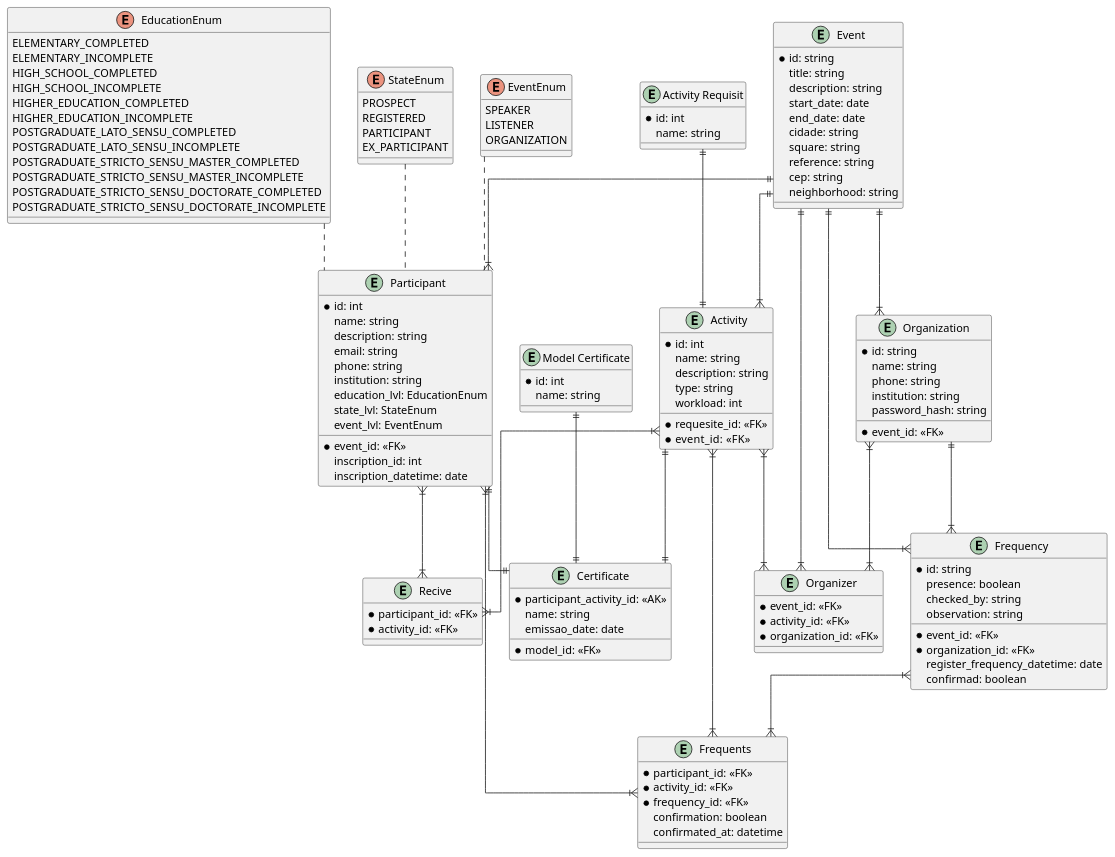
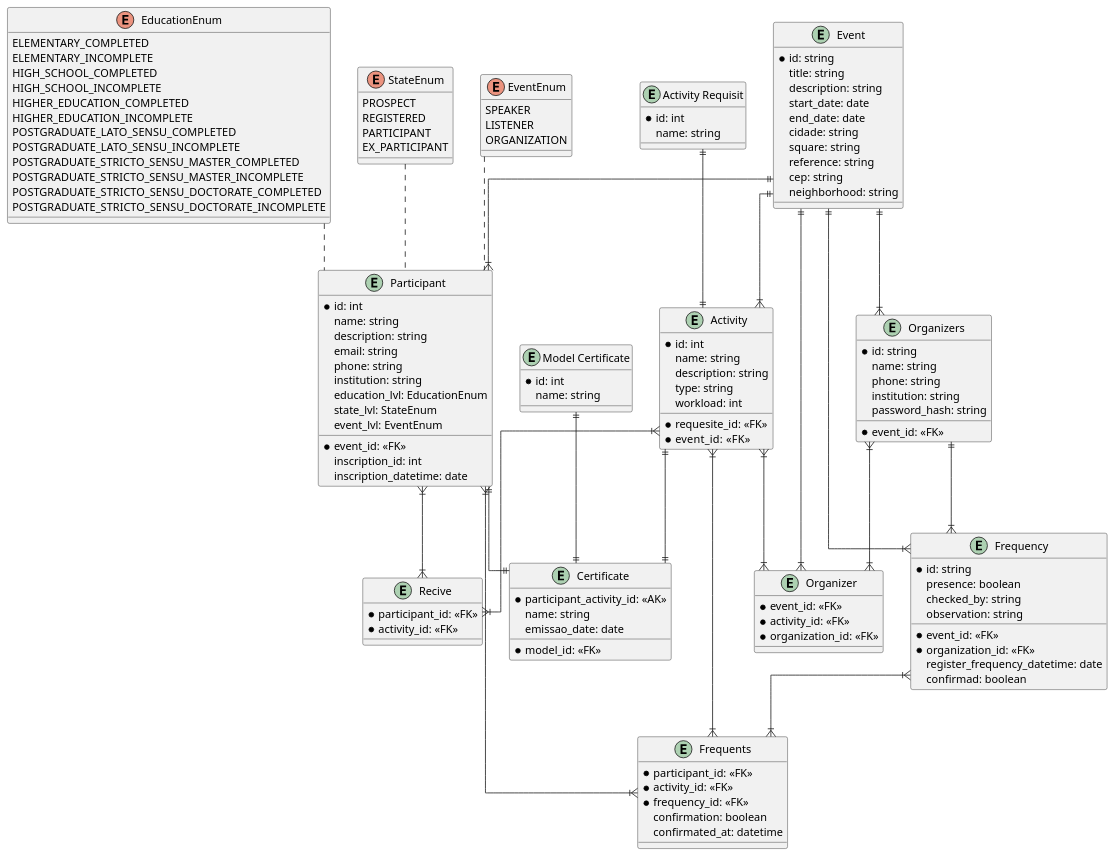
Before and after one commit to FabioThierry/eventos-academicos-api: the diagram in prisma/db_LogicalDiagram_IED.plantuml, drawn with PlantUML.

Commit message:
update db logical diagram

```diff
--- a/prisma/db_LogicalDiagram_IED.plantuml
+++ b/prisma/db_LogicalDiagram_IED.plantuml
@@ -1,184 +1,184 @@
 @startuml seminario
 
 skinparam linetype ortho
 entity "Event" as Event {
   *id: string 
   title: string
   description: string
   start_date: date
   end_date: date
   cidade: string
   square: string
   reference: string
   cep: string
   neighborhood: string
 }
 
 entity "Participant" as Participant {
   *id: int 
   name: string
   description: string
   email: string
   phone: string
   institution: string
   education_lvl: EducationEnum
   state_lvl: StateEnum
   event_lvl: EventEnum
   __
   *event_id: <<FK>>
   inscription_id: int
   inscription_datetime: date 
 }
 
 enum EducationEnum{
   ELEMENTARY_COMPLETED
   ELEMENTARY_INCOMPLETE
   HIGH_SCHOOL_COMPLETED
   HIGH_SCHOOL_INCOMPLETE
   HIGHER_EDUCATION_COMPLETED
   HIGHER_EDUCATION_INCOMPLETE
   POSTGRADUATE_LATO_SENSU_COMPLETED
   POSTGRADUATE_LATO_SENSU_INCOMPLETE
   POSTGRADUATE_STRICTO_SENSU_MASTER_COMPLETED
   POSTGRADUATE_STRICTO_SENSU_MASTER_INCOMPLETE
   POSTGRADUATE_STRICTO_SENSU_DOCTORATE_COMPLETED
   POSTGRADUATE_STRICTO_SENSU_DOCTORATE_INCOMPLETE
 }
 enum StateEnum{
   PROSPECT
   REGISTERED
   PARTICIPANT
   EX_PARTICIPANT
 }
 enum EventEnum{
   SPEAKER
   LISTENER
   ORGANIZATION
 }
 
-entity "Organization" as ORG{
+entity "Organizers" as ORG{
   *id: string
   name: string
   phone: string
   institution: string
   password_hash: string
   __
   *event_id: <<FK>>
 }
 
 entity "Frequency" as Frequency{
   *id: string
   presence: boolean
   checked_by: string
   observation: string
   __
   *event_id: <<FK>>
   *organization_id: <<FK>>
   register_frequency_datetime: date
   confirmad: boolean
 }
 
 entity "Activity" as Activity{
   *id: int
   name: string
   description: string
   type: string
   workload: int
   __
   *requesite_id: <<FK>>
   *event_id:  <<FK>> 
 }
 
 entity "Activity Requisit" as ActivityRequisit{
   *id: int
   name: string
 }
 
 entity "Certificate" as Certificate{
   *participant_activity_id: <<AK>> 
   name: string
   emissao_date: date
   __
   * model_id: <<FK>>
 }
 entity "Model Certificate" as ModelCertificate{
   *id: int
   name: string
 }
 
 
 
 
 
 entity "Organizer" as Organizer {
   *event_id: <<FK>>
   *activity_id: <<FK>>
   *organization_id: <<FK>>
 }
 entity "Frequents" as Frequents {
   *participant_id: <<FK>>
   *activity_id: <<FK>>
   *frequency_id: <<FK>>
   confirmation: boolean
   confirmated_at: datetime
 }
 entity "Recive" as Recive {
   *participant_id: <<FK>>
   *activity_id: <<FK>>
 }
 
 /'Event::id ||--|{ Participant::event_id
 Event::id ||--|{ Frequency::event_id
 Event::id ||--|{ Activity::event_id
 Event::id ||--|{ ORG::event_id
 Event::id ||--|{ Organizer::event_id
 
 Participant::id }|--|{ Frequents::participant_id
 Participant::id }|--|{ Recive::participant_id
 
 ORG::id }|--|{ Organizer::organization_id
 ORG::id ||--|{ Frequency::organization_id
 
 Frequency::id }|--|{ Frequents::frequency_id
 
 Activity::id }|--|{ Frequents::activity_id
 Activity::id }|--|{ Organizer::activity_id
 Activity::id }|--|{ Recive::activity_id
 
 ActivityRequisit::id ||--|| Activity::requesit_id
 ModelCertificate::id ||--|| Certificate::model_id
 
 Participant::id ||--|| Certificate::id_parti_ativ
 Activity::id ||--|| Certificate::id_parti_ativ'/
 
 EducationEnum .. Participant
 StateEnum .. Participant
 EventEnum .. Participant
 
 Event ||--|{ Participant
 Event ||--|{ Frequency
 Event ||--|{ Activity
 Event ||--|{ ORG
 Event ||--|{ Organizer
 
 Participant }|--|{ Frequents
 Participant }|--|{ Recive
 
 ORG }|--|{ Organizer
 ORG ||--|{ Frequency
 
 Frequency }|--|{ Frequents
 
 Activity }|--|{ Frequents
 Activity }|--|{ Organizer
 Activity }|--|{ Recive
 
 ActivityRequisit ||--|| Activity
 ModelCertificate ||--|| Certificate
 
 Participant ||--|| Certificate
 Activity ||--|| Certificate
 
 
 
 @enduml
```
